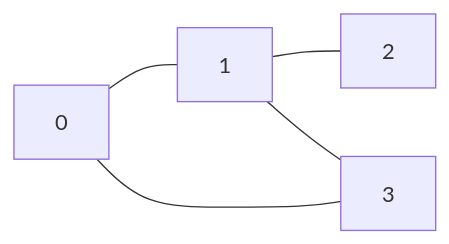
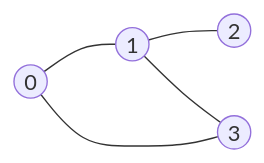
One commit to UFMG-Organizacao-de-Disciplinas/DCC831-TECC_Aprendizado_Descritivo changed the eighth of 8 diagrams in Files/Notas de Aula - 2025.md. Above: the diagram before and after it, drawn with Mermaid. The commit also changed other lines of this file, not shown here.

Commit message:
Correções anteriores

````diff
--- a/Files/Notas de Aula - 2025.md
+++ b/Files/Notas de Aula - 2025.md
@@ -2597,7 +2597,7 @@
 ```mermaid
 flowchart LR
-  0 --- 1
-  1 --- 2
-  1 --- 3
-  0 --- 3
+  0((0)) --- 1((1))
+  1((1)) --- 2((2))
+  1((1)) --- 3((3))
+  0((0)) --- 3((3))
 ```
````
